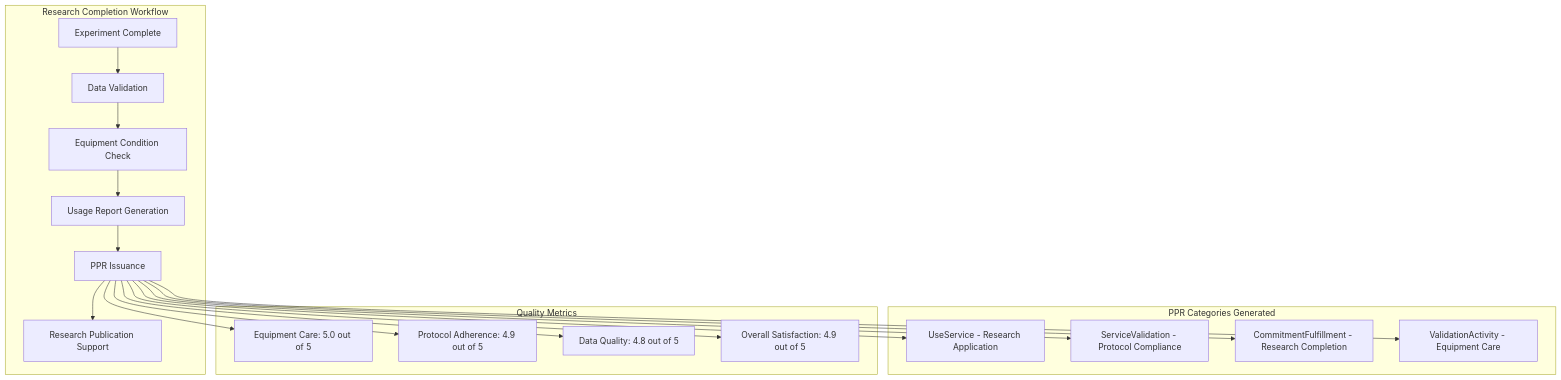
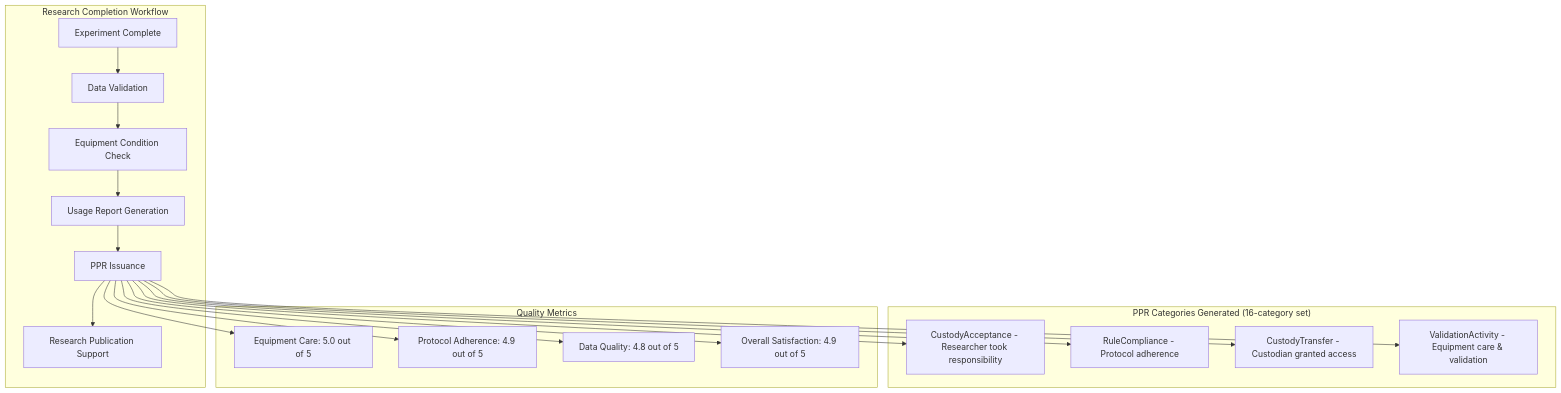
Before and after one commit to Sensorica/nondominium: the seventh of 11 diagrams in documentation/Applications/user-story/user-story-open-science.md, drawn with Mermaid. The commit also changed other lines of this file and 99 other files, not shown here.

````diff
--- a/documentation/Applications/user-story/user-story-open-science.md
+++ b/documentation/Applications/user-story/user-story-open-science.md
@@ -224,34 +237,34 @@
 ```mermaid
 graph TB
     subgraph "Research Completion Workflow"
         A[Experiment Complete] --> B[Data Validation]
         B --> C[Equipment Condition Check]
         C --> D[Usage Report Generation]
         D --> E[PPR Issuance]
         E --> F[Research Publication Support]
     end
 
-    subgraph "PPR Categories Generated"
-        G[UseService - Research Application]
-        H[ServiceValidation - Protocol Compliance]
-        I[CommitmentFulfillment - Research Completion]
-        J[ValidationActivity - Equipment Care]
+    subgraph "PPR Categories Generated (16-category set)"
+        G[CustodyAcceptance - Researcher took responsibility]
+        H[RuleCompliance - Protocol adherence]
+        I[CustodyTransfer - Custodian granted access]
+        J[ValidationActivity - Equipment care & validation]
     end
 
     E --> G
     E --> H
     E --> I
     E --> J
 
     subgraph "Quality Metrics"
         K["Equipment Care: 5.0 out of 5"]
         L["Protocol Adherence: 4.9 out of 5"]
         M["Data Quality: 4.8 out of 5"]
         N["Overall Satisfaction: 4.9 out of 5"]
     end
 
     E --> K
     E --> L
     E --> M
     E --> N
 ```
````
